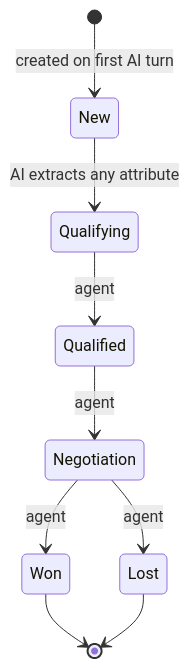
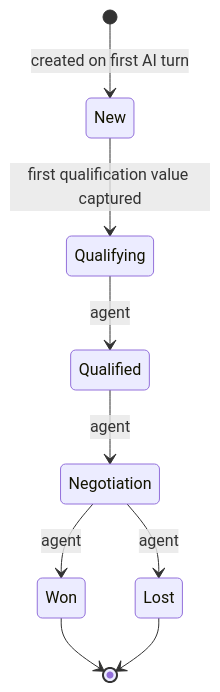
The third of 4 diagrams in src/app/features/leads/FLOWS.md (aquarianchd83/AI-Sales-Automation-System-angular), drawn with Mermaid before and after one commit. The commit also changed other lines of this file and 9 other files, not shown here.

````diff
--- a/src/app/features/leads/FLOWS.md
+++ b/src/app/features/leads/FLOWS.md
@@ -47,11 +80,11 @@
 ```mermaid
 stateDiagram-v2
     [*] --> New : created on first AI turn
-    New --> Qualifying : AI extracts any attribute
+    New --> Qualifying : first qualification value captured
     Qualifying --> Qualified : agent
     Qualified --> Negotiation : agent
     Negotiation --> Won : agent
     Negotiation --> Lost : agent
     Won --> [*]
     Lost --> [*]
 ```
````
